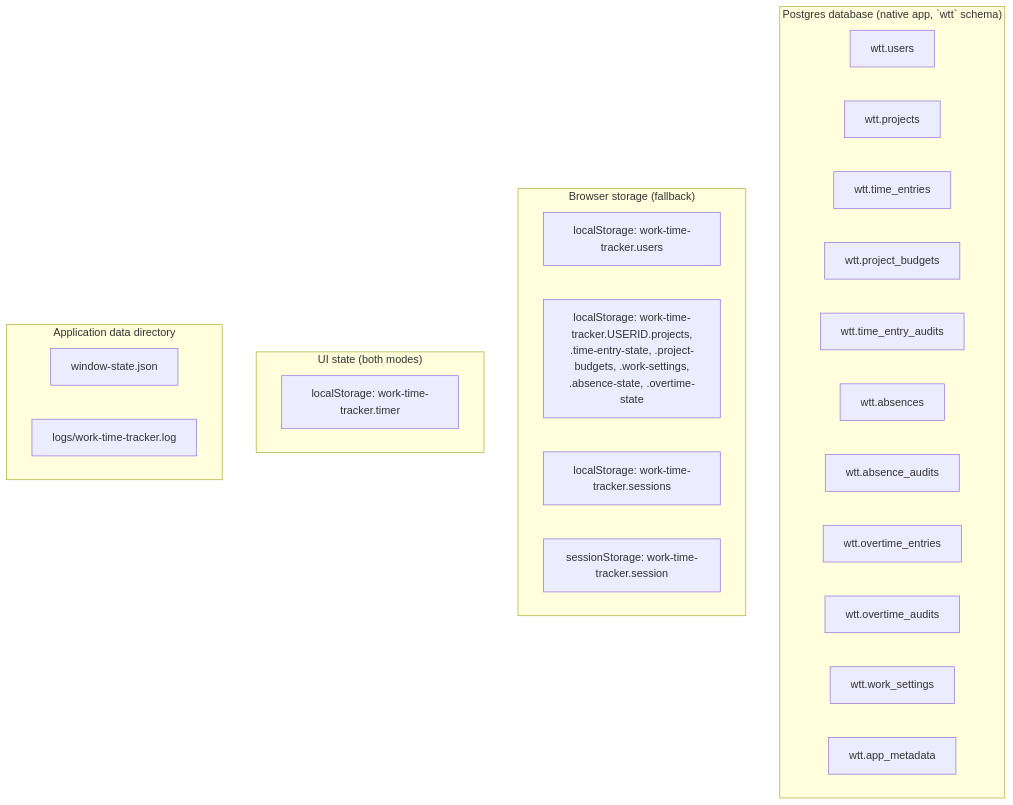
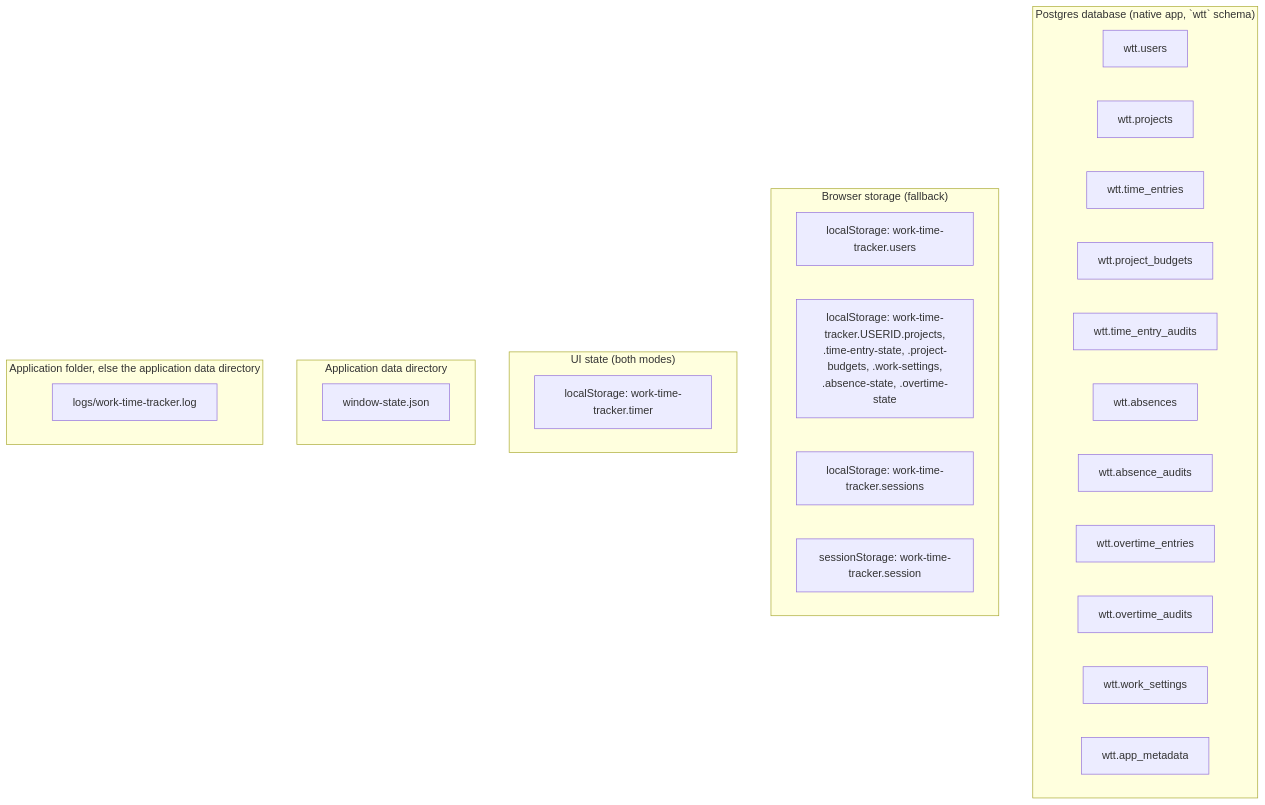
The second of 3 diagrams in docs/data-model.md (serious6/WorkTimeTracker), drawn with Mermaid before and after one commit. The commit also changed other lines of this file and 4 other files, not shown here.

````diff
--- a/docs/data-model.md
+++ b/docs/data-model.md
@@ -34,32 +34,35 @@
 ```mermaid
 flowchart TB
   subgraph postgres["Postgres database (native app, `wtt` schema)"]
     users_t["wtt.users"]
     projects_t["wtt.projects"]
     entries_t["wtt.time_entries"]
     budgets_t["wtt.project_budgets"]
     audits_t["wtt.time_entry_audits"]
     absences_t["wtt.absences"]
     absence_audits_t["wtt.absence_audits"]
     overtime_t["wtt.overtime_entries"]
     overtime_audits_t["wtt.overtime_audits"]
     settings_t["wtt.work_settings"]
     meta_t["wtt.app_metadata"]
   end
 
   subgraph browser["Browser storage (fallback)"]
     ls_users["localStorage: work-time-tracker.users"]
     ls_scoped["localStorage: work-time-tracker.USERID.projects,<br/>.time-entry-state, .project-budgets, .work-settings,<br/>.absence-state, .overtime-state"]
     ls_sessions["localStorage: work-time-tracker.sessions"]
     ss_session["sessionStorage: work-time-tracker.session"]
   end
 
   subgraph ui["UI state (both modes)"]
     ls_timer["localStorage: work-time-tracker.timer"]
   end
 
   subgraph fs["Application data directory"]
     win["window-state.json"]
+  end
+
+  subgraph appfolder["Application folder, else the application data directory"]
     log["logs/work-time-tracker.log"]
   end
 ```
````
